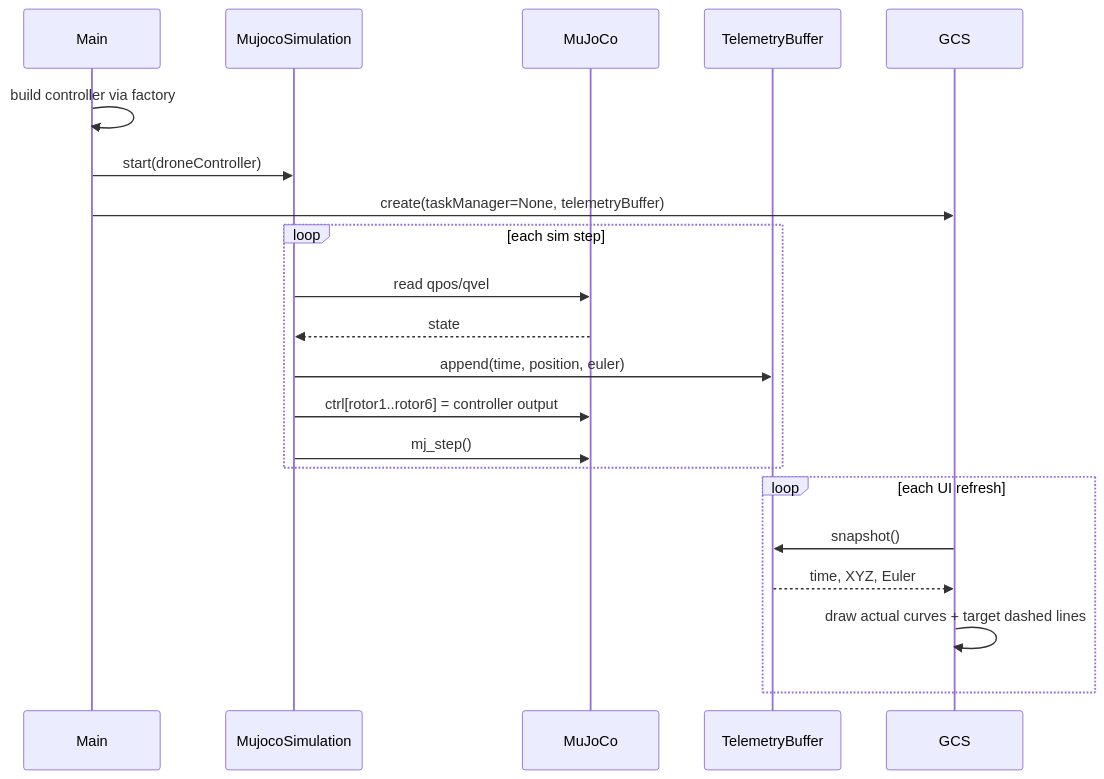
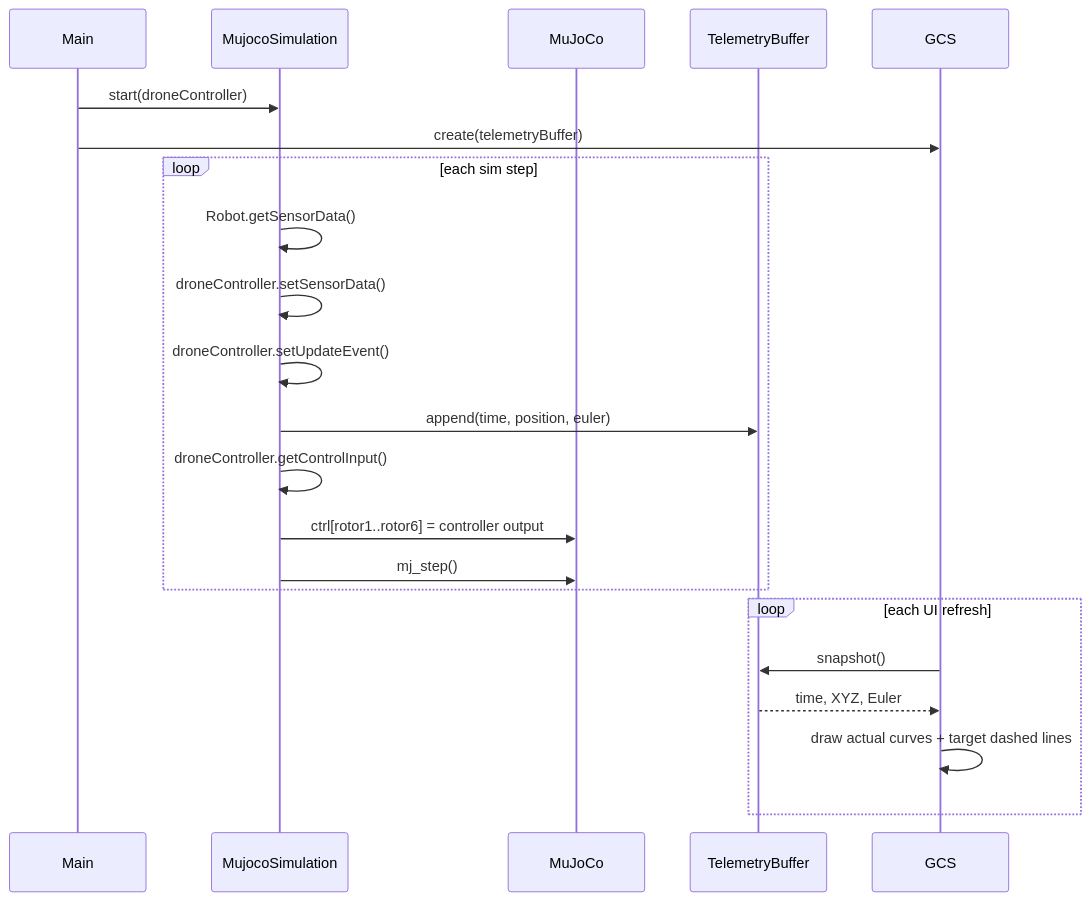
Before and after one commit to Alex-WangHT/MuJoCo-Aerial-Manipulator-Simulator: the second of 2 diagrams in docs/architecture.md, drawn with Mermaid. The commit also changed other lines of this file and 18 other files, not shown here.

````diff
--- a/docs/architecture.md
+++ b/docs/architecture.md
@@ -56,26 +62,27 @@
 ```mermaid
 sequenceDiagram
     participant Main
     participant Sim as MujocoSimulation
     participant MJ as MuJoCo
     participant TB as TelemetryBuffer
     participant GCS
 
-    Main->>Main: build controller via factory
     Main->>Sim: start(droneController)
-    Main->>GCS: create(taskManager=None, telemetryBuffer)
+    Main->>GCS: create(telemetryBuffer)
 
     loop each sim step
-        Sim->>MJ: read qpos/qvel
-        MJ-->>Sim: state
+        Sim->>Sim: Robot.getSensorData()
+        Sim->>Sim: droneController.setSensorData()
+        Sim->>Sim: droneController.setUpdateEvent()
         Sim->>TB: append(time, position, euler)
+        Sim->>Sim: droneController.getControlInput()
         Sim->>MJ: ctrl[rotor1..rotor6] = controller output
         Sim->>MJ: mj_step()
     end
 
     loop each UI refresh
         GCS->>TB: snapshot()
         TB-->>GCS: time, XYZ, Euler
         GCS->>GCS: draw actual curves + target dashed lines
     end
 ```
````
